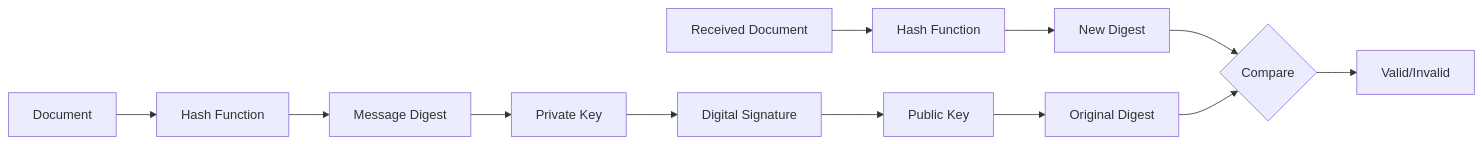
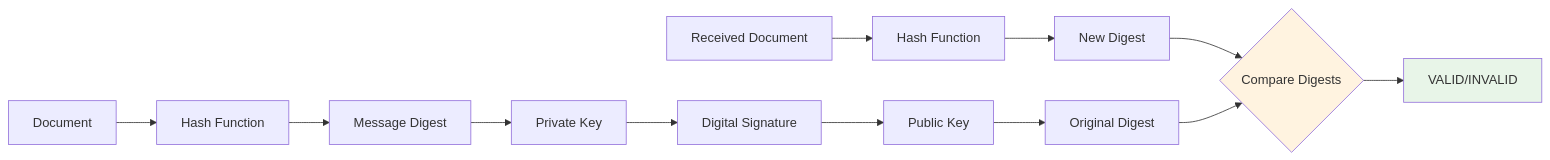
One commit to milavdabgar/studio changed the second of 6 diagrams in content/resources/study-materials/32-ict/sem-5/4353204-cyber-security/slidev/02-computer-security-fundamentals.md. Above: the diagram before and after it, drawn with Mermaid. The commit also changed other lines of this file and 3 other files, not shown here.

````diff
--- a/content/resources/study-materials/32-ict/sem-5/4353204-cyber-security/slidev/02-computer-security-fundamentals.md
+++ b/content/resources/study-materials/32-ict/sem-5/4353204-cyber-security/slidev/02-computer-security-fundamentals.md
@@ -315,15 +681,18 @@
 ```mermaid
 graph LR
     A[Document] --> B[Hash Function]
     B --> C[Message Digest]
     C --> D[Private Key]
     D --> E[Digital Signature]
     
     F[Received Document] --> G[Hash Function]
     G --> H[New Digest]
     E --> I[Public Key]
     I --> J[Original Digest]
-    H --> K{Compare}
+    H --> K{Compare Digests}
     J --> K
-    K --> L[Valid/Invalid]
+    K --> L[VALID/INVALID]
+    
+    style K fill:#fff3e0
+    style L fill:#e8f5e8
 ```
````
